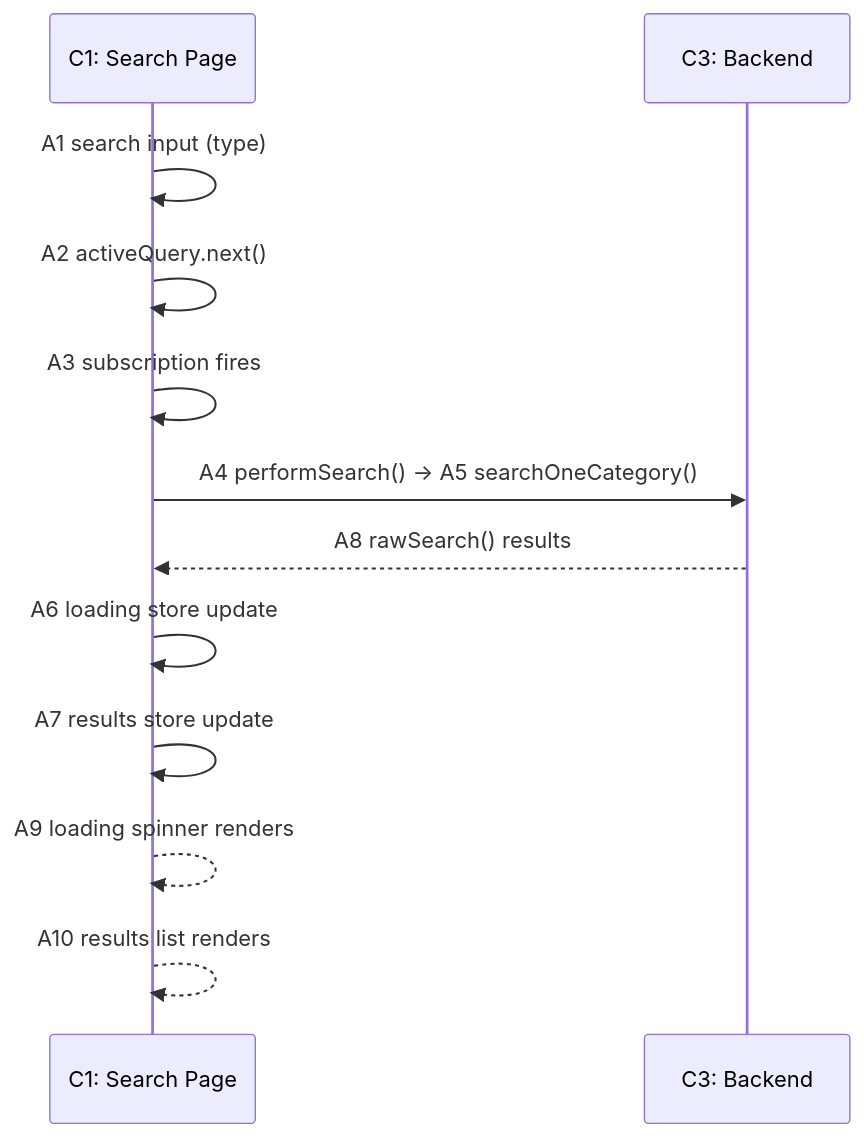
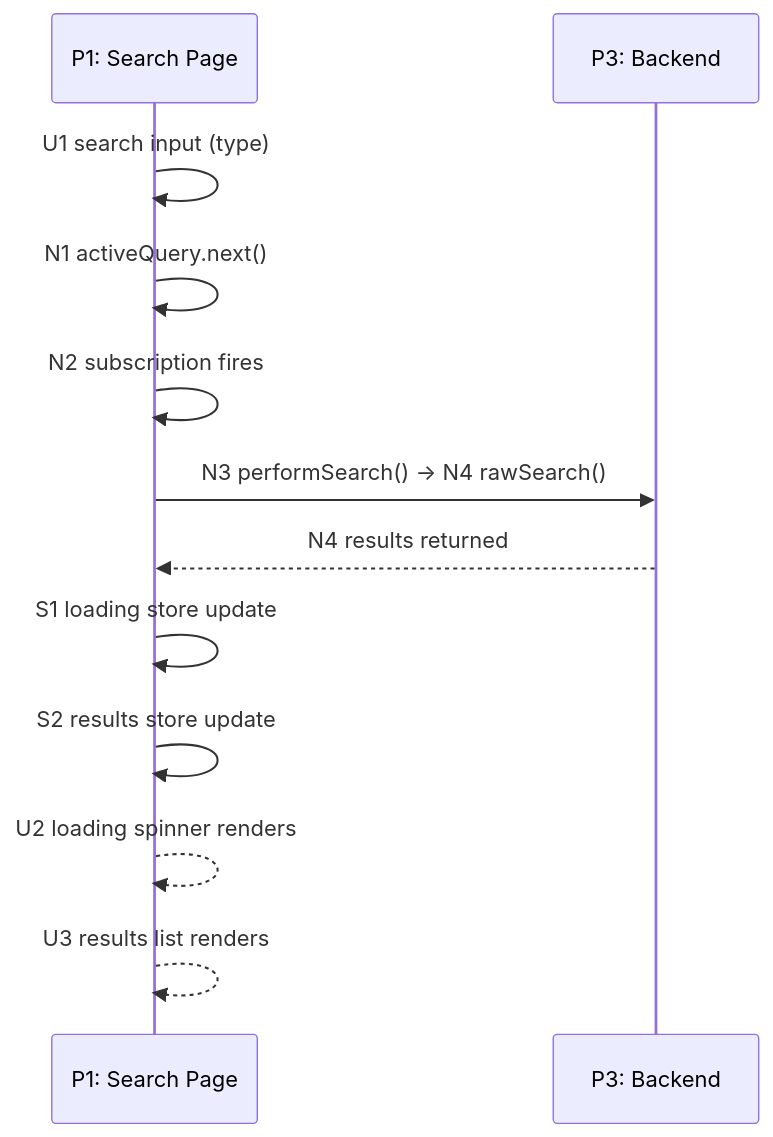
Before and after one commit to nosakhare/shaping-skills: the second of 2 diagrams in breadboarding/SKILL.md, drawn with Mermaid. The commit also changed other lines of this file and 4 other files, not shown here.

First line of the commit message:
feat: Revise breadboarding vocabulary and add state diagram artefact

````diff
--- a/breadboarding/SKILL.md
+++ b/breadboarding/SKILL.md
@@ -209,15 +255,15 @@
 ```mermaid
 sequenceDiagram
-    participant C1 as C1: Search Page
-    participant C3 as C3: Backend
+    participant P1 as P1: Search Page
+    participant P3 as P3: Backend
 
-    C1->>C1: A1 search input (type)
-    C1->>C1: A2 activeQuery.next()
-    C1->>C1: A3 subscription fires
-    C1->>C3: A4 performSearch() → A5 searchOneCategory()
-    C3-->>C1: A8 rawSearch() results
-    C1->>C1: A6 loading store update
-    C1->>C1: A7 results store update
-    C1-->>C1: A9 loading spinner renders
-    C1-->>C1: A10 results list renders
+    P1->>P1: U1 search input (type)
+    P1->>P1: N1 activeQuery.next()
+    P1->>P1: N2 subscription fires
+    P1->>P3: N3 performSearch() → N4 rawSearch()
+    P3-->>P1: N4 results returned
+    P1->>P1: S1 loading store update
+    P1->>P1: S2 results store update
+    P1-->>P1: U2 loading spinner renders
+    P1-->>P1: U3 results list renders
 ```
````
